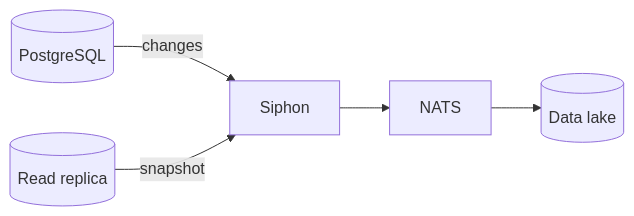
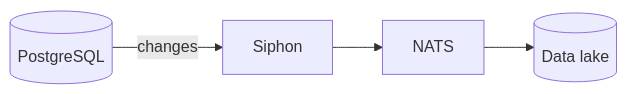
Before and after one commit to gitlabhq/orbit-knowledge-graph: the second of 6 diagrams in docs/pages/engineering/architecture/indexing/sdlc-indexing.md, drawn with Mermaid. The commit also changed other lines of this file and 8 other files, not shown here.

Commit message:
docs(testing): rewrite the end-to-end page and use banner diagrams

````diff
--- a/docs/pages/engineering/architecture/indexing/sdlc-indexing.md
+++ b/docs/pages/engineering/architecture/indexing/sdlc-indexing.md
@@ -35,6 +33,4 @@
 ```mermaid
 flowchart LR
-    PG[(PostgreSQL)] -- changes --> Siphon
-    Replica[(Read replica)] -- snapshot --> Siphon
-    Siphon --> NATS --> Lake[(Data lake)]
+    PG[(PostgreSQL)] -- changes --> Siphon --> NATS --> Lake[(Data lake)]
 ```
````
